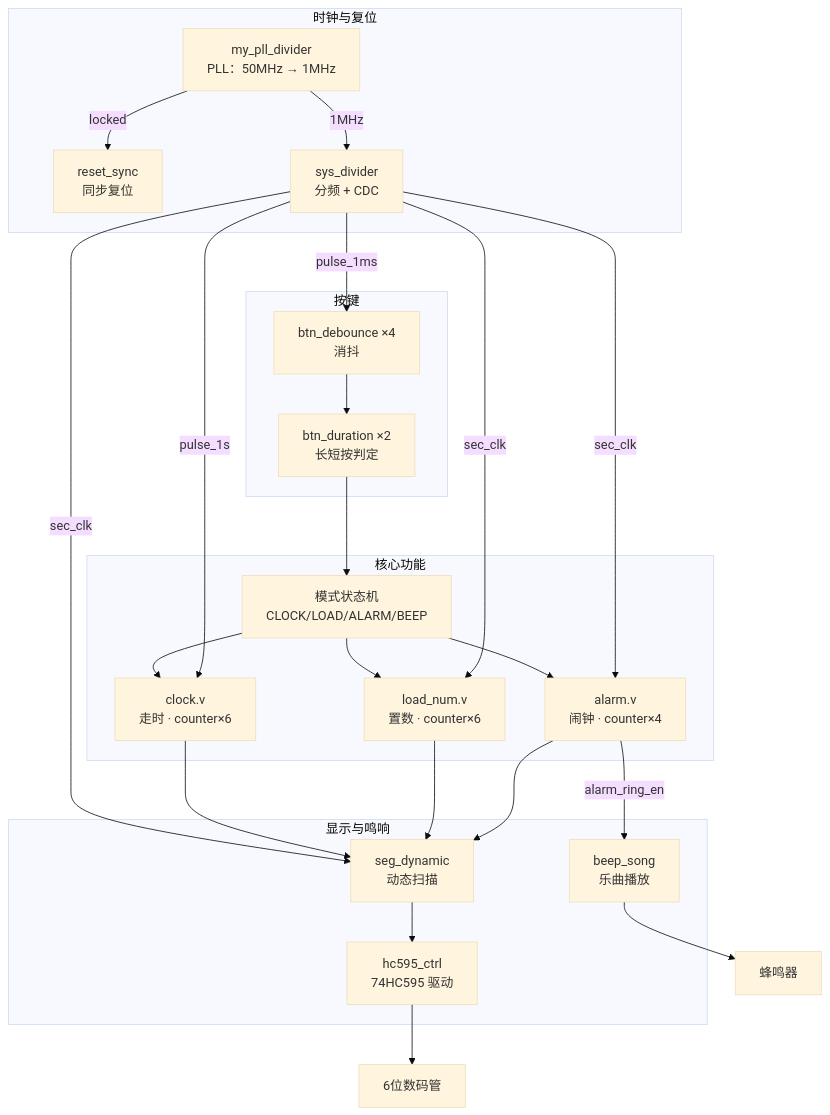
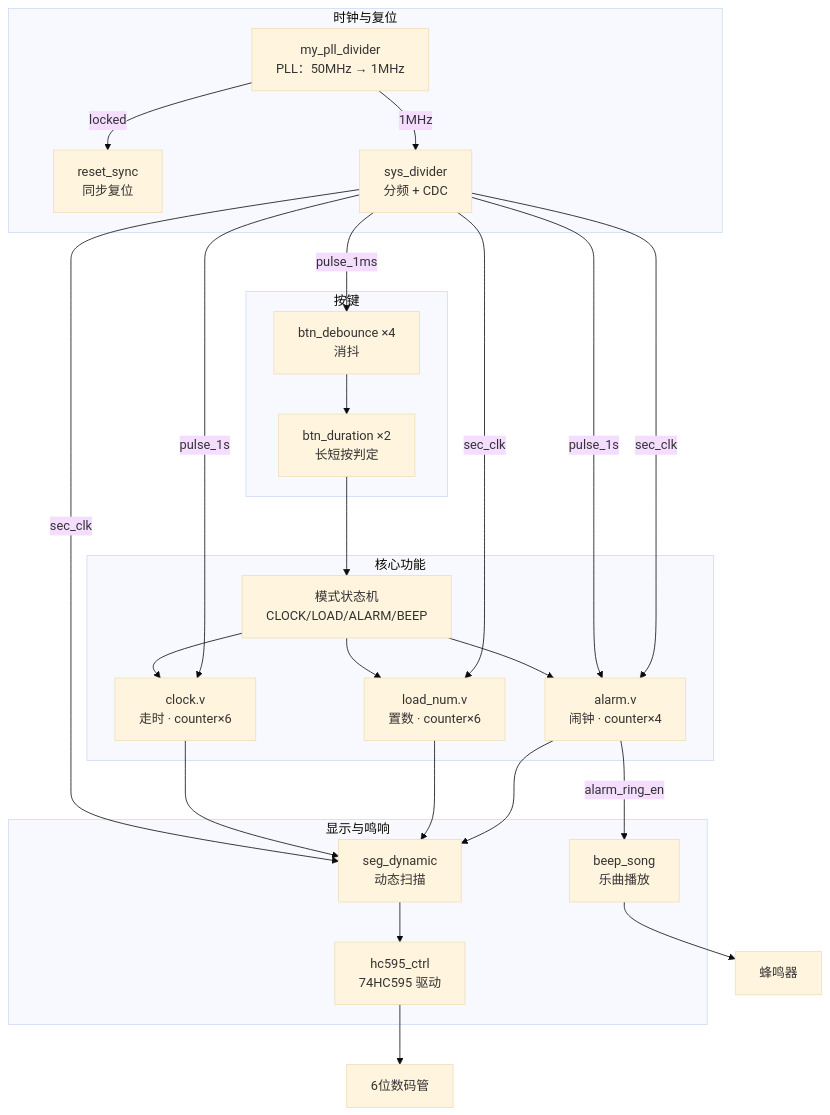
Before and after one commit to Unlimited-Rule-Book/fpga-digital-clock: the diagram in README.md, drawn with Mermaid (base theme). The commit also changed other lines of this file and 13 other files, not shown here.

````diff
--- a/README.md
+++ b/README.md
@@ -126,46 +131,47 @@
 ```mermaid
 flowchart TB
     subgraph clk["时钟与复位"]
         PLL["my_pll_divider<br/>PLL：50MHz → 1MHz"]
         RST["reset_sync<br/>同步复位"]
         DIV["sys_divider<br/>分频 + CDC"]
     end
 
     subgraph key["按键"]
         DB["btn_debounce ×4<br/>消抖"]
         DUR["btn_duration ×2<br/>长短按判定"]
     end
 
     subgraph core["核心功能"]
         FSM["模式状态机<br/>CLOCK/LOAD/ALARM/BEEP"]
         CLK["clock.v<br/>走时 · counter×6"]
         NUM["load_num.v<br/>置数 · counter×6"]
         ALM["alarm.v<br/>闹钟 · counter×4"]
     end
 
     subgraph out["显示与鸣响"]
         SEG["seg_dynamic<br/>动态扫描"]
         HC["hc595_ctrl<br/>74HC595 驱动"]
         BEEP["beep_song<br/>乐曲播放"]
     end
 
     PLL -->|1MHz| DIV
     PLL -->|locked| RST
     DIV -->|pulse_1ms| DB
     DB --> DUR
     DUR --> FSM
     FSM --> CLK
     FSM --> NUM
     FSM --> ALM
     DIV -->|pulse_1s| CLK
+    DIV -->|pulse_1s| ALM
     DIV -->|sec_clk| NUM
     DIV -->|sec_clk| SEG
     DIV -->|sec_clk| ALM
     CLK --> SEG
     NUM --> SEG
     ALM --> SEG
     SEG --> HC
     HC --> LED["6位数码管"]
     ALM -->|alarm_ring_en| BEEP
     BEEP --> BUZ["蜂鸣器"]
 ```
````
